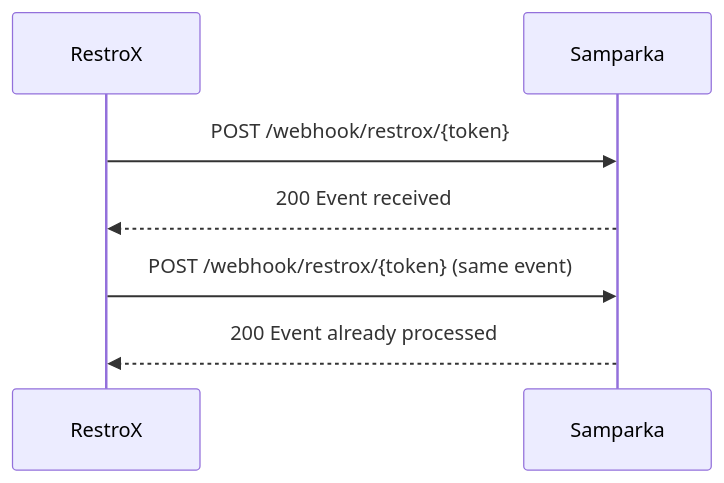
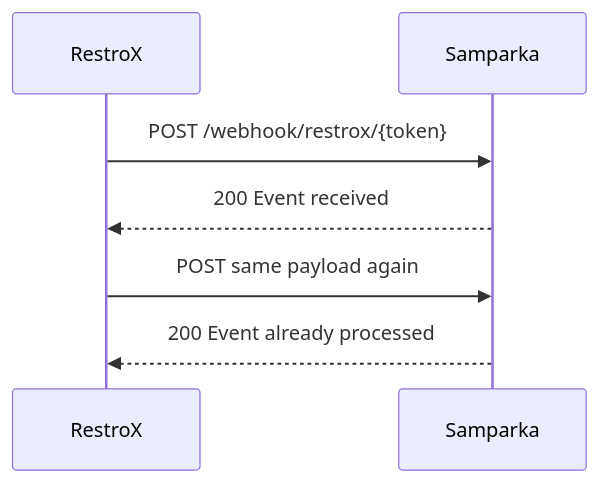
The diagram in integrations/restrox/idempotency.md (krischal07/docs), drawn with Mermaid before and after one commit. The commit also changed other lines of this file and 49 other files, not shown here.

````diff
--- a/integrations/restrox/idempotency.md
+++ b/integrations/restrox/idempotency.md
@@ -9,9 +50,9 @@
 ```mermaid
 sequenceDiagram
   participant R as RestroX
   participant S as Samparka
   R->>S: POST /webhook/restrox/{token}
   S-->>R: 200 Event received
-  R->>S: POST /webhook/restrox/{token} (same event)
+  R->>S: POST same payload again
   S-->>R: 200 Event already processed
 ```
````
